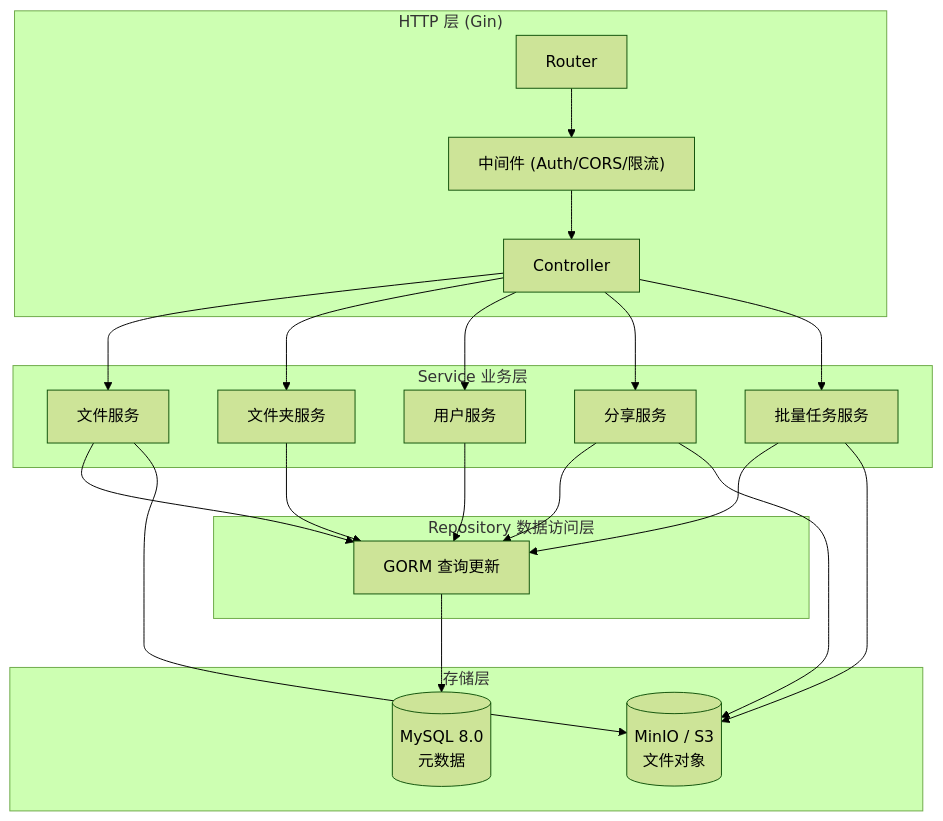
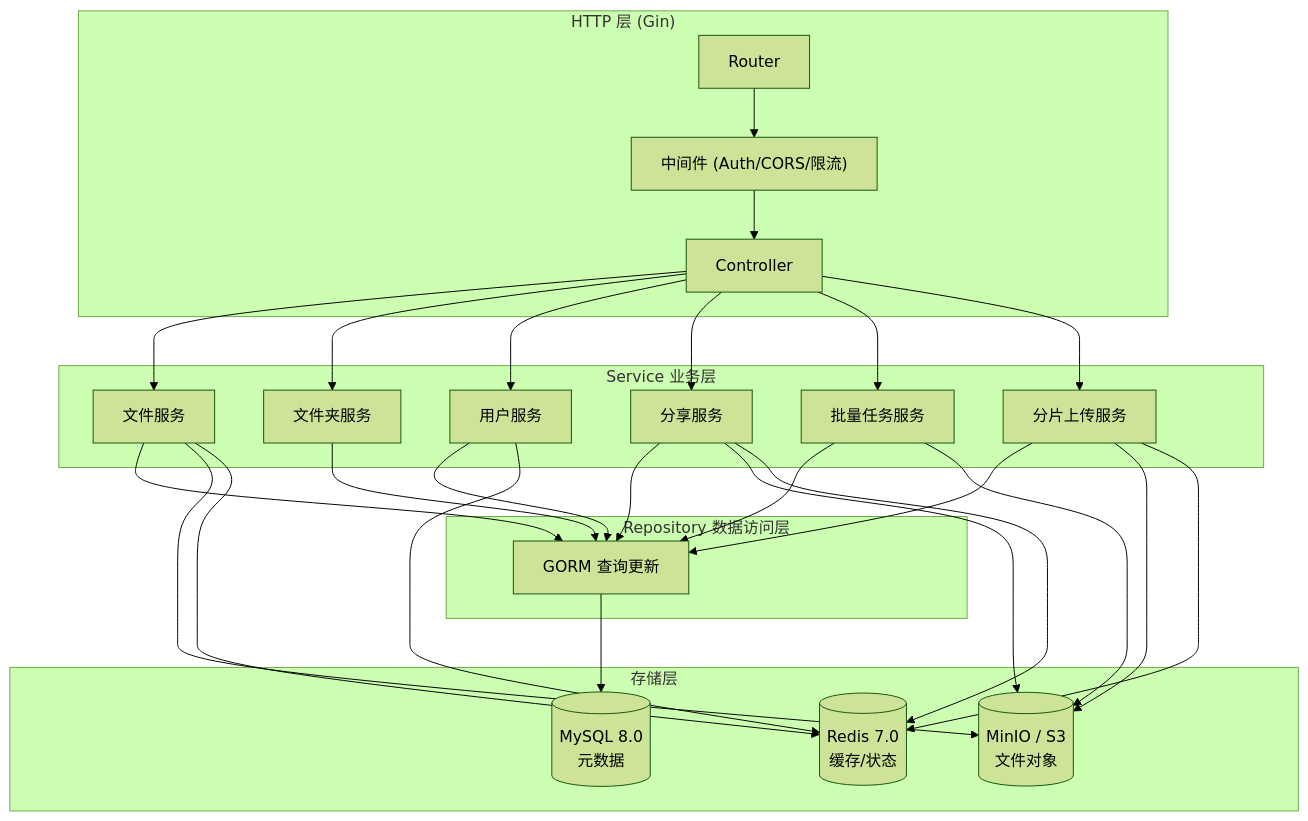
Before and after one commit to Manyo-Dream/GoNetDisk: the diagram in README.md, drawn with Mermaid (forest theme). The commit also changed other lines of this file and 609 other files, not shown here.

````diff
--- a/README.md
+++ b/README.md
@@ -42,40 +45,50 @@
 ```mermaid
 graph TD
     subgraph HTTP["HTTP 层 (Gin)"]
         Router --> Middleware["中间件 (Auth/CORS/限流)"] --> Controller
     end
 
     subgraph Service["Service 业务层"]
         FileService["文件服务"]
         FolderService["文件夹服务"]
         UserService["用户服务"]
         ShareService["分享服务"]
         TaskService["批量任务服务"]
+        ChunkService["分片上传服务"]
     end
 
     subgraph Repo["Repository 数据访问层"]
         GORM["GORM 查询更新"]
     end
 
     subgraph Storage["存储层"]
         MySQL[("MySQL 8.0<br/>元数据")]
+        Redis[("Redis 7.0<br/>缓存/状态")]
         MinIO[("MinIO / S3<br/>文件对象")]
     end
 
     Controller --> FileService
     Controller --> FolderService
     Controller --> UserService
     Controller --> ShareService
     Controller --> TaskService
+    Controller --> ChunkService
 
     FileService --> GORM
     FolderService --> GORM
     UserService --> GORM
     ShareService --> GORM
     TaskService --> GORM
+    ChunkService --> GORM
 
     GORM --> MySQL
     FileService --> MinIO
     ShareService --> MinIO
     TaskService --> MinIO
+    ChunkService --> MinIO
+
+    UserService --> Redis
+    ShareService --> Redis
+    ChunkService --> Redis
+    FileService --> Redis
 ```
````
